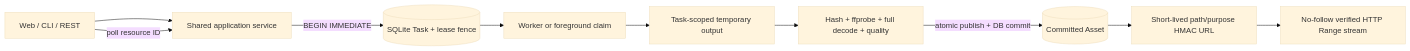
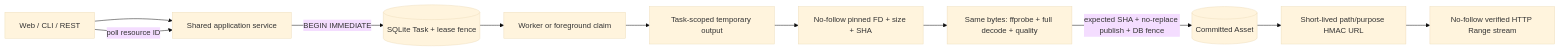
The fourth of 7 diagrams in docs/architecture.md (junhuaus/autoclip), drawn with Mermaid (base theme) before and after one commit. The commit also changed other lines of this file and 79 other files, not shown here.

````diff
--- a/docs/architecture.md
+++ b/docs/architecture.md
@@ -65,12 +65,13 @@
 ```mermaid
 flowchart LR
   UI[Web / CLI / REST] --> SVC[Shared application service]
   SVC -->|BEGIN IMMEDIATE| TASK[(SQLite Task + lease fence)]
   TASK --> CLAIM[Worker or foreground claim]
   CLAIM --> TMP[Task-scoped temporary output]
-  TMP --> CHECK[Hash + ffprobe + full decode + quality]
-  CHECK -->|atomic publish + DB commit| ASSET[(Committed Asset)]
+  TMP --> PIN[No-follow pinned FD + size + SHA]
+  PIN --> CHECK[Same bytes: ffprobe + full decode + quality]
+  CHECK -->|expected SHA + no-replace publish + DB fence| ASSET[(Committed Asset)]
   UI -->|poll resource ID| SVC
   ASSET --> SIGN[Short-lived path/purpose HMAC URL]
   SIGN --> RANGE[No-follow verified HTTP Range stream]
 ```
````
